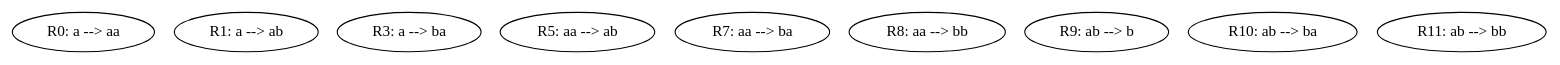
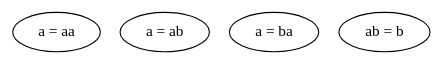
The diagram in archives/alpha_len-2_word_len-2--annexe.dot (hjbar/rewriting_project), drawn with Graphviz before and after one commit. The commit also changed 13 other files, not shown here.

Commit message:
Diagramme de Hasse

```diff
--- a/archives/alpha_len-2_word_len-2--annexe.dot
+++ b/archives/alpha_len-2_word_len-2--annexe.dot
@@ -1,13 +1,8 @@
 digraph finite_state_machine {
 	rankdir=TB;
 	node [shape = ellipse];
-	"R0: a --> aa"
-	"R1: a --> ab"
-	"R3: a --> ba"
-	"R5: aa --> ab"
-	"R7: aa --> ba"
-	"R8: aa --> bb"
-	"R9: ab --> b"
-	"R10: ab --> ba"
-	"R11: ab --> bb"
+	"a = aa"
+	"a = ab"
+	"a = ba"
+	"ab = b"
 }
```
